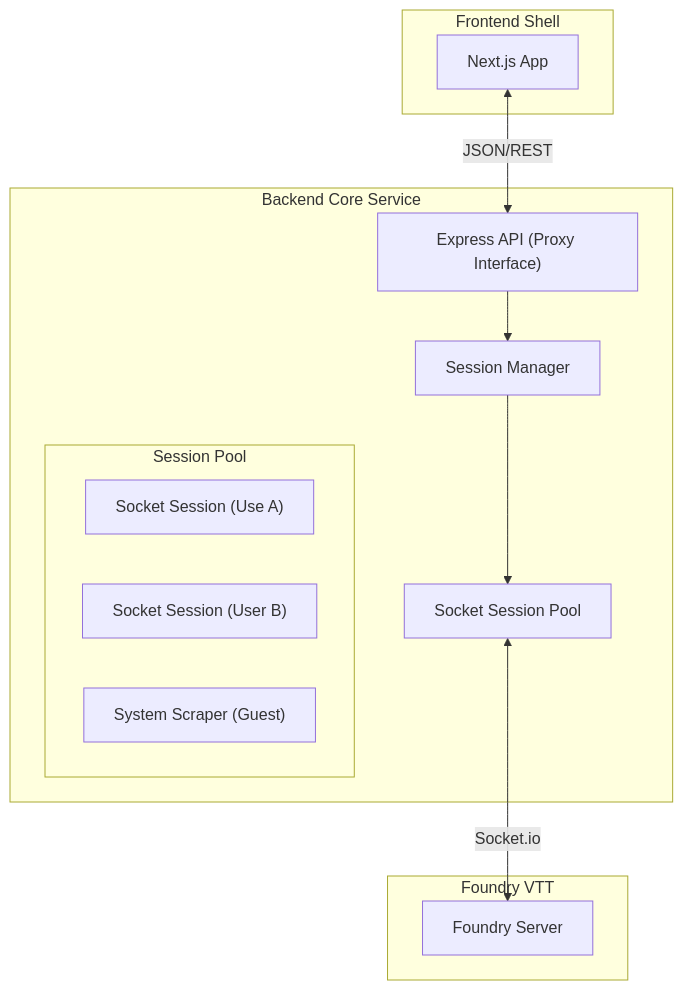
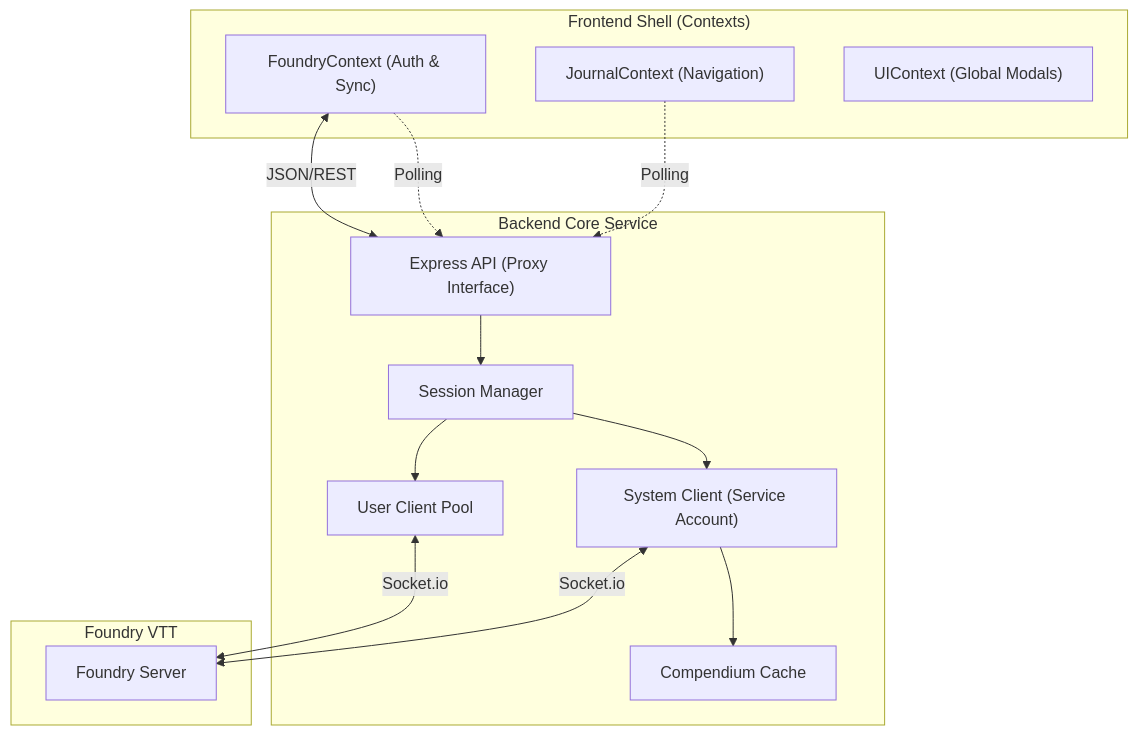
Before and after one commit to juvinious/sheet-delver: the diagram in architecture.md, drawn with Mermaid. The commit also changed other lines of this file and 5 other files, not shown here.

````diff
--- a/architecture.md
+++ b/architecture.md
@@ -17,28 +17,31 @@
 ```mermaid
 graph TD
     subgraph "Backend Core Service"
         API["Express API (Proxy Interface)"]
         SM["Session Manager"]
-        POOL["Socket Session Pool"]
+        CACHE["Compendium Cache"]
         
         API --> SM
-        SM --> POOL
+        SM --> SYS["System Client (Service Account)"]
+        SM --> POOL["User Client Pool"]
         
-        subgraph "Session Pool"
-            S1["Socket Session (Use A)"]
-            S2["Socket Session (User B)"]
-            SYS["System Scraper (Guest)"]
-        end
+        SYS --> CACHE
     end
 
-    subgraph "Frontend Shell"
-        APP["Next.js App"]
+    subgraph "Frontend Shell (Contexts)"
+        FC["FoundryContext (Auth & Sync)"]
+        JC["JournalContext (Navigation)"]
+        UC["UIContext (Global Modals)"]
+        
+        FC -. Polling .-> API
+        JC -. Polling .-> API
     end
     
     subgraph "Foundry VTT"
         FVTT["Foundry Server"]
     end
 
-    APP <-- JSON/REST --> API
+    FC <-- JSON/REST --> API
+    SYS <-- Socket.io --> FVTT
     POOL <-- Socket.io --> FVTT
 ```
````
